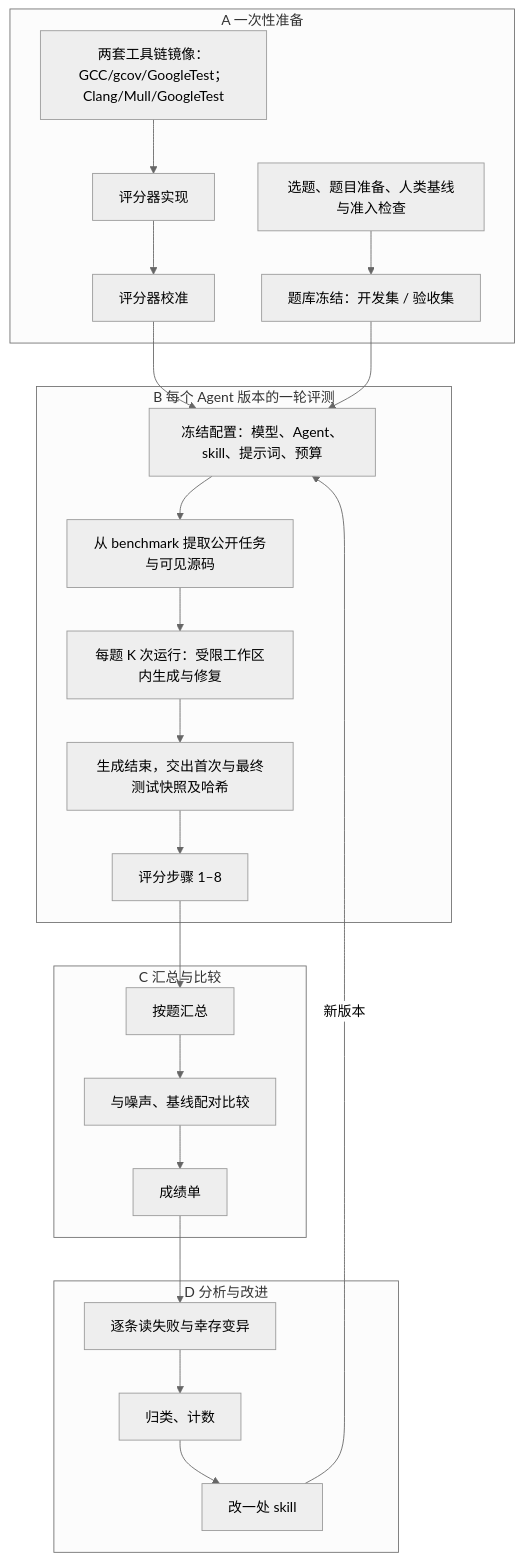
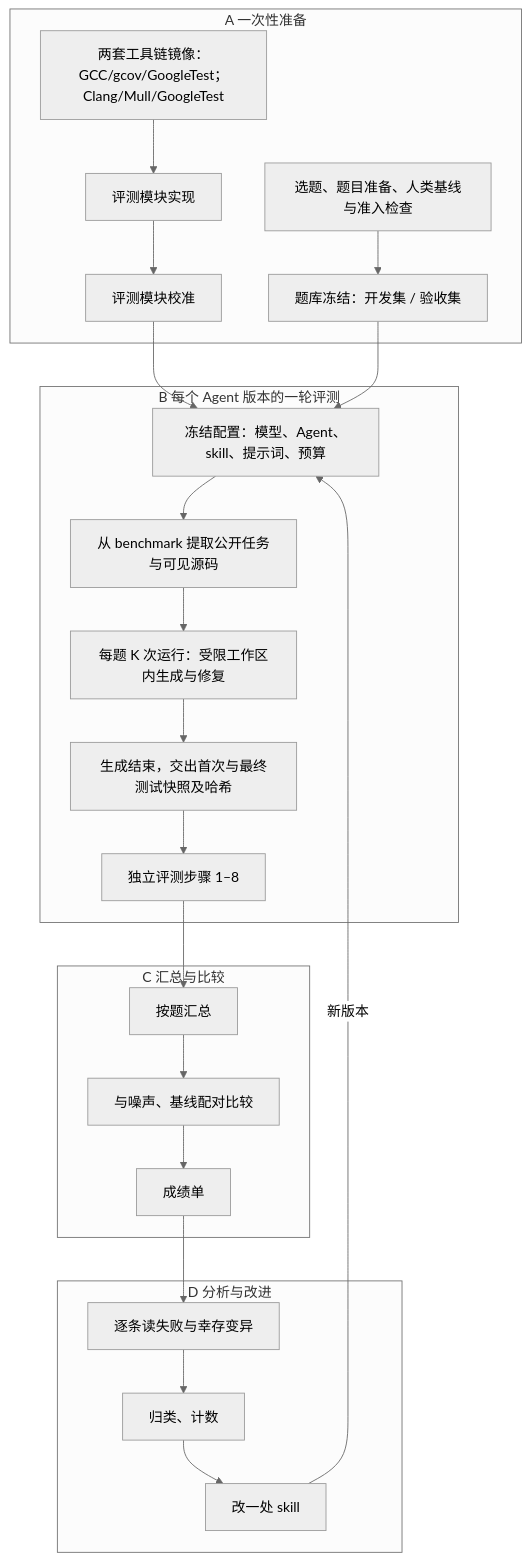
The diagram in docs/评测规格.md (PhycheL/Qualtor), drawn with Mermaid (neutral theme) before and after one commit. The commit also changed other lines of this file and 14 other files, not shown here.

````diff
--- a/docs/评测规格.md
+++ b/docs/评测规格.md
@@ -194,24 +218,24 @@
 ```mermaid
 flowchart TB
   subgraph A["A 一次性准备"]
-    A1["两套工具链镜像：GCC/gcov/GoogleTest；Clang/Mull/GoogleTest"] --> A2["评分器实现"]
-    A2 --> A3["评分器校准"]
+    A1["两套工具链镜像：GCC/gcov/GoogleTest；Clang/Mull/GoogleTest"] --> A2["评测模块实现"]
+    A2 --> A3["评测模块校准"]
     A4["选题、题目准备、人类基线与准入检查"] --> A5["题库冻结：开发集 / 验收集"]
   end
   subgraph B["B 每个 Agent 版本的一轮评测"]
     B1["冻结配置：模型、Agent、skill、提示词、预算"] --> B0["从 benchmark 提取公开任务与可见源码"]
     B0 --> B2["每题 K 次运行：受限工作区内生成与修复"]
-    B2 --> B3["生成结束，交出首次与最终测试快照及哈希"] --> B4["评分步骤 1–8"]
+    B2 --> B3["生成结束，交出首次与最终测试快照及哈希"] --> B4["独立评测步骤 1–8"]
   end
   subgraph C["C 汇总与比较"]
     C1["按题汇总"] --> C2["与噪声、基线配对比较"] --> C3["成绩单"]
   end
   subgraph D["D 分析与改进"]
     D1["逐条读失败与幸存变异"] --> D2["归类、计数"] --> D3["改一处 skill"]
   end
   A3 --> B1
   A5 --> B1
   B4 --> C1
   C3 --> D1
   D3 -->|新版本| B1
 ```
````
